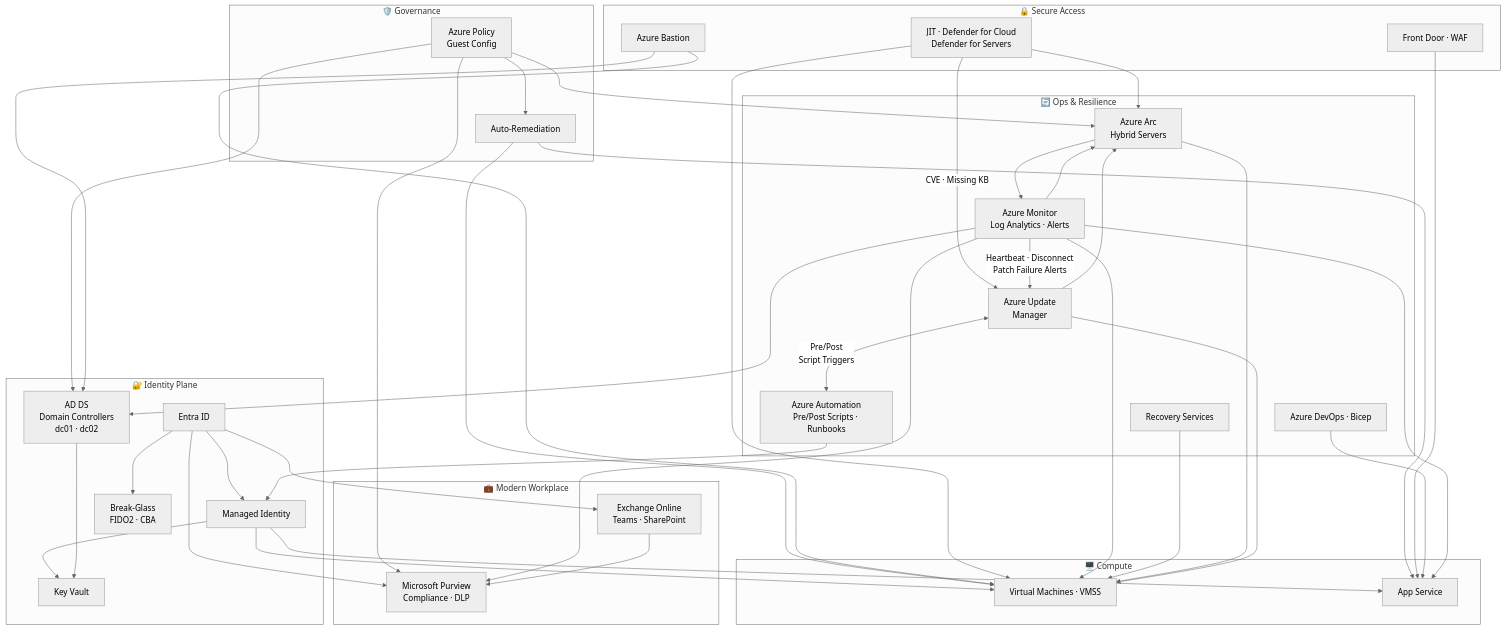
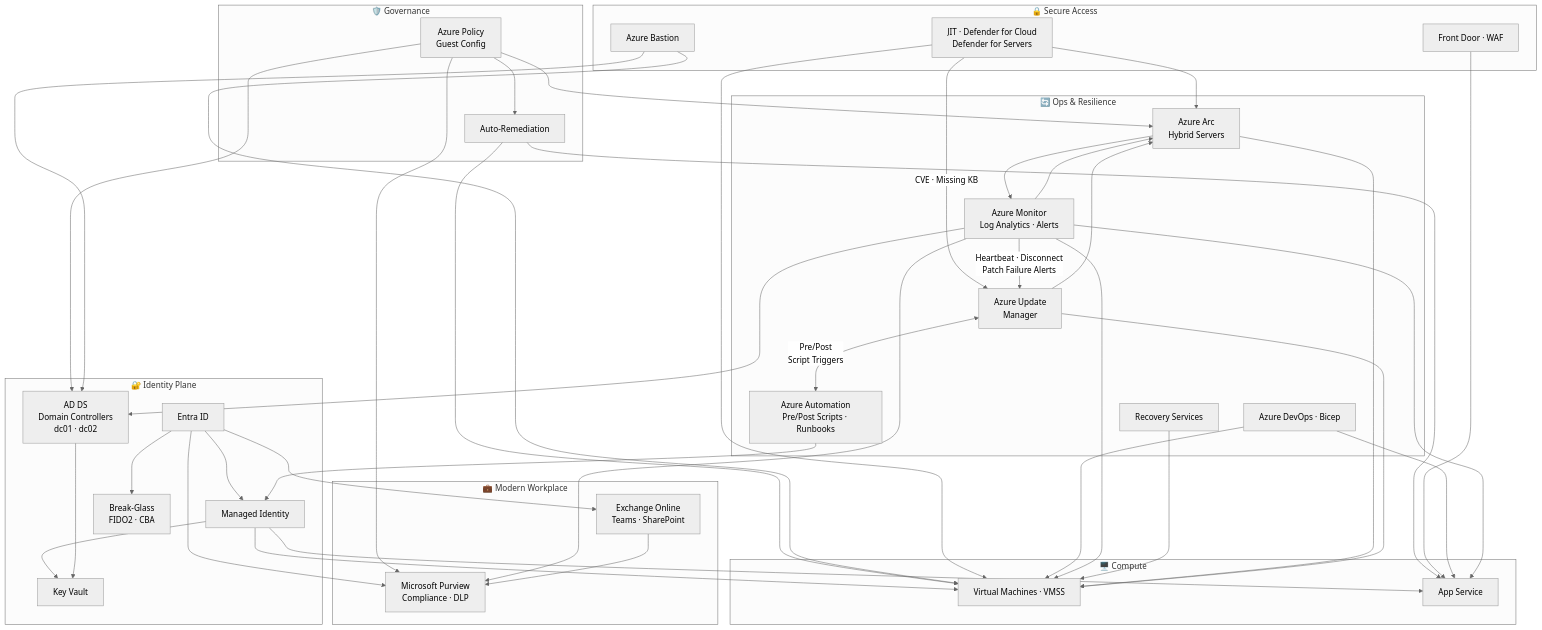
One commit to nkadwaikar/azure-hands-on-engineering changed the diagram in README.md. Above: the diagram before and after it, drawn with Mermaid (neutral theme). The commit also changed other lines of this file, not shown here.

````diff
--- a/README.md
+++ b/README.md
@@ -34,66 +34,67 @@
 ```mermaid
 flowchart TD
     subgraph Identity["🔐 Identity Plane"]
         EntraID["Entra ID"]
         MI["Managed Identity"]
         KV["Key Vault"]
         BG["Break-Glass\nFIDO2 · CBA"]
         ADDS["AD DS\nDomain Controllers\ndc01 · dc02"]
     end
     subgraph Governance["🛡️ Governance"]
         Policy["Azure Policy\nGuest Config"]
         Remediation["Auto-Remediation"]
     end
     subgraph Access["🔒 Secure Access"]
         Bastion["Azure Bastion"]
         JIT["JIT · Defender for Cloud\nDefender for Servers"]
         AFD["Front Door · WAF"]
     end
     subgraph Compute["🖥️ Compute"]
         VM["Virtual Machines · VMSS"]
         App["App Service"]
     end
     subgraph Ops["🔄 Ops & Resilience"]
         DevOps["Azure DevOps · Bicep"]
         Monitor["Azure Monitor\nLog Analytics · Alerts"]
         Backup["Recovery Services"]
         Arc["Azure Arc\nHybrid Servers"]
         UpdateMgr["Azure Update\nManager"]
         Automation["Azure Automation\nPre/Post Scripts · Runbooks"]
     end
     subgraph M365["💼 Modern Workplace"]
         ExO["Exchange Online\nTeams · SharePoint"]
         Purview["Microsoft Purview\nCompliance · DLP"]
     end
 
     EntraID --> MI
     EntraID --> BG
     MI --> KV
     MI --> App
     MI --> VM
     Policy --> Remediation
     Remediation --> VM & App
     Policy --> Arc
     Policy --> ADDS
     Bastion --> VM
     Bastion --> ADDS
     JIT --> VM
     JIT --> Arc
     JIT -->|"CVE · Missing KB"| UpdateMgr
     AFD --> App
     DevOps --> App
+    DevOps --> VM
     Monitor --> VM & App
     Monitor --> Arc
     Monitor --> ADDS
     Monitor -->|"Heartbeat · Disconnect\nPatch Failure Alerts"| UpdateMgr
     Backup --> VM
     Arc --> VM & Monitor
     UpdateMgr --> VM & Arc
     UpdateMgr <-->|"Pre/Post\nScript Triggers"| Automation
     Automation --> MI
     ADDS --> KV
     EntraID --> ExO & Purview
     Policy --> Purview
     Monitor --> Purview
     ExO --> Purview
 ```
````
